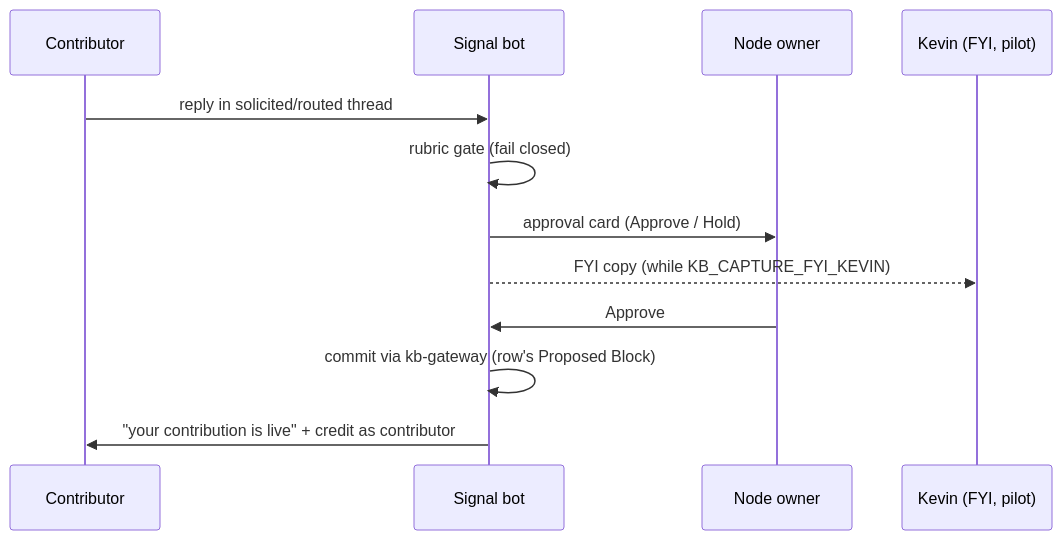
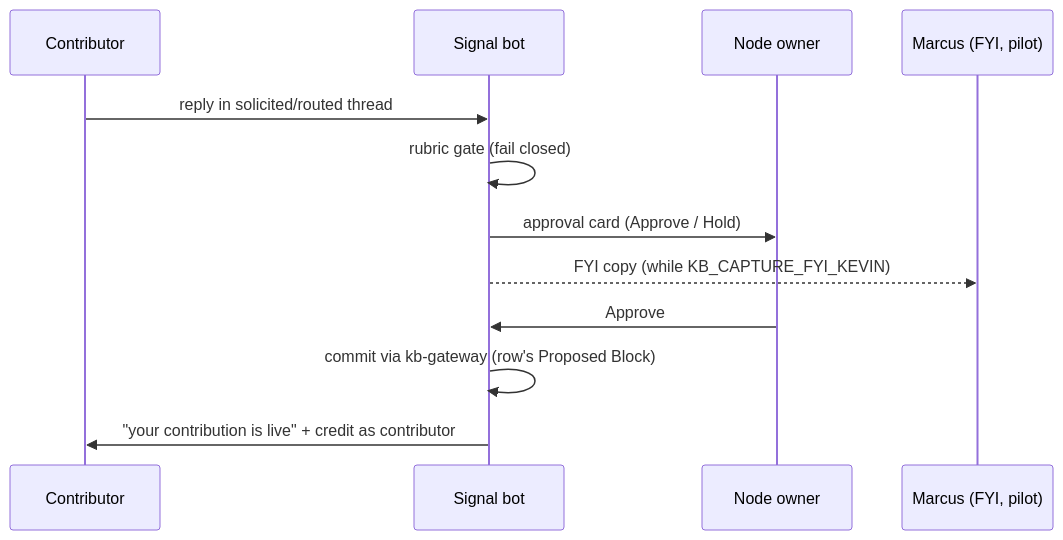
Before and after one commit to thensls/nsls-personal-toolkit: the second of 2 diagrams in docs/plans/2026-07-10-001-feat-kb-people-layer-plan.md, drawn with Mermaid. The commit also changed other lines of this file and 62 other files, not shown here.

````diff
--- a/docs/plans/2026-07-10-001-feat-kb-people-layer-plan.md
+++ b/docs/plans/2026-07-10-001-feat-kb-people-layer-plan.md
@@ -242,14 +242,14 @@
 ```mermaid
 sequenceDiagram
   participant C as Contributor
   participant B as Signal bot
   participant O as Node owner
-  participant K as Kevin (FYI, pilot)
+  participant K as Marcus (FYI, pilot)
   C->>B: reply in solicited/routed thread
   B->>B: rubric gate (fail closed)
   B->>O: approval card (Approve / Hold)
   B-->>K: FYI copy (while KB_CAPTURE_FYI_KEVIN)
   O->>B: Approve
   B->>B: commit via kb-gateway (row's Proposed Block)
   B->>C: "your contribution is live" + credit as contributor
 ```
````
